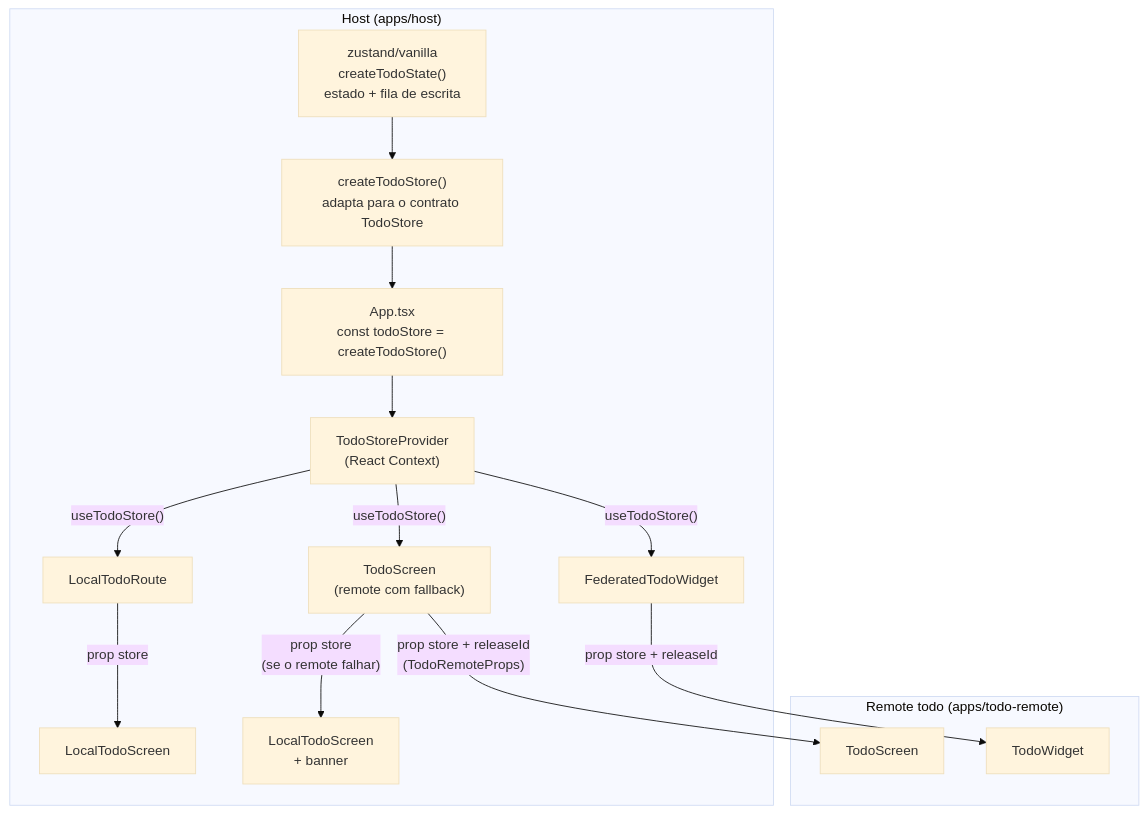
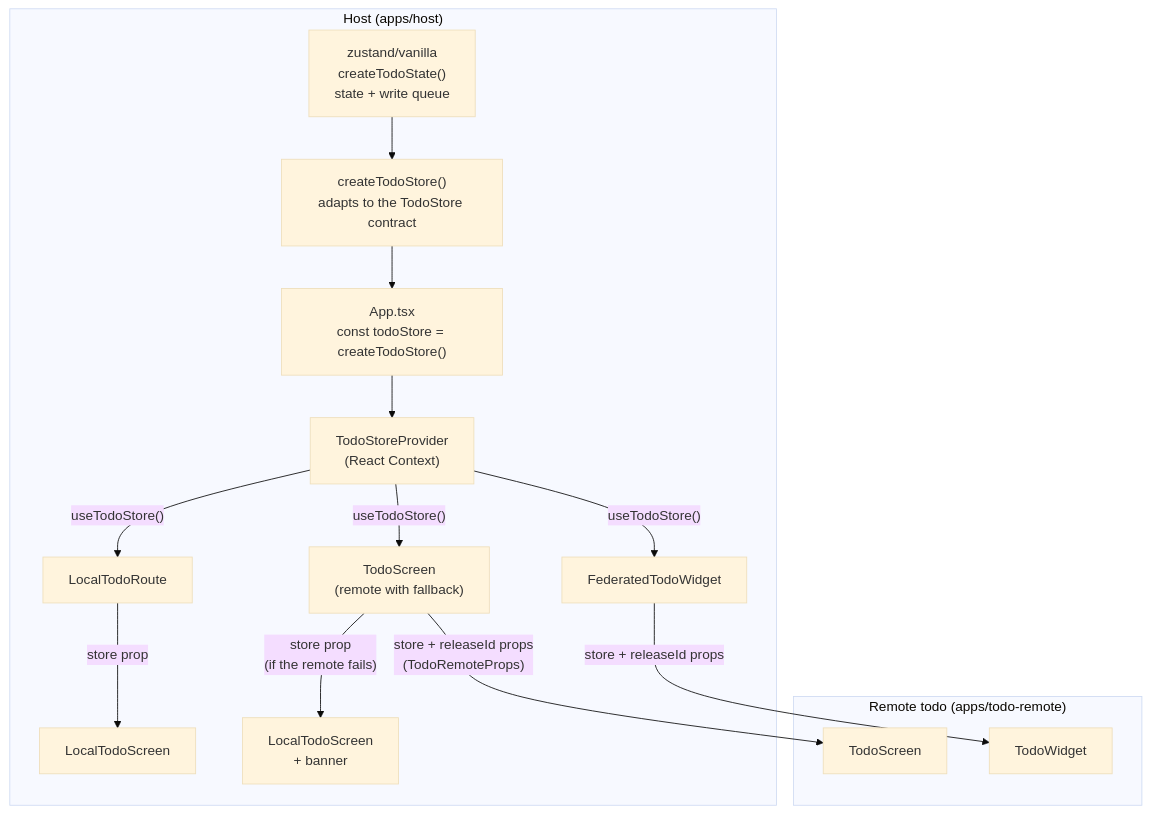
The third of 8 diagrams in todo-mf/ARCHITECTURE.md (Luizrebelatto/module-federation-playground), drawn with Mermaid (base theme) before and after one commit. The commit also changed other lines of this file and 16 other files, not shown here.

````diff
--- a/todo-mf/ARCHITECTURE.md
+++ b/todo-mf/ARCHITECTURE.md
@@ -129,26 +129,26 @@
 ```mermaid
 flowchart TB
   subgraph Host["Host (apps/host)"]
-    Zustand["zustand/vanilla<br/>createTodoState()<br/>estado + fila de escrita"]
-    Adapter["createTodoStore()<br/>adapta para o contrato TodoStore"]
+    Zustand["zustand/vanilla<br/>createTodoState()<br/>state + write queue"]
+    Adapter["createTodoStore()<br/>adapts to the TodoStore contract"]
     AppTsx["App.tsx<br/>const todoStore = createTodoStore()"]
     Ctx["TodoStoreProvider<br/>(React Context)"]
 
     Zustand --> Adapter --> AppTsx --> Ctx
 
     Ctx -- "useTodoStore()" --> LocalRoute["LocalTodoRoute"]
-    Ctx -- "useTodoStore()" --> TodoScreen["TodoScreen<br/>(remote com fallback)"]
+    Ctx -- "useTodoStore()" --> TodoScreen["TodoScreen<br/>(remote with fallback)"]
     Ctx -- "useTodoStore()" --> Widget["FederatedTodoWidget"]
 
-    LocalRoute -- "prop store" --> Local1["LocalTodoScreen"]
-    TodoScreen -- "prop store<br/>(se o remote falhar)" --> Local2["LocalTodoScreen<br/>+ banner"]
+    LocalRoute -- "store prop" --> Local1["LocalTodoScreen"]
+    TodoScreen -- "store prop<br/>(if the remote fails)" --> Local2["LocalTodoScreen<br/>+ banner"]
   end
 
   subgraph Remote["Remote todo (apps/todo-remote)"]
     RScreen["TodoScreen"]
     RWidget["TodoWidget"]
   end
 
-  TodoScreen -- "prop store + releaseId<br/>(TodoRemoteProps)" --> RScreen
-  Widget -- "prop store + releaseId" --> RWidget
+  TodoScreen -- "store + releaseId props<br/>(TodoRemoteProps)" --> RScreen
+  Widget -- "store + releaseId props" --> RWidget
 ```
````
